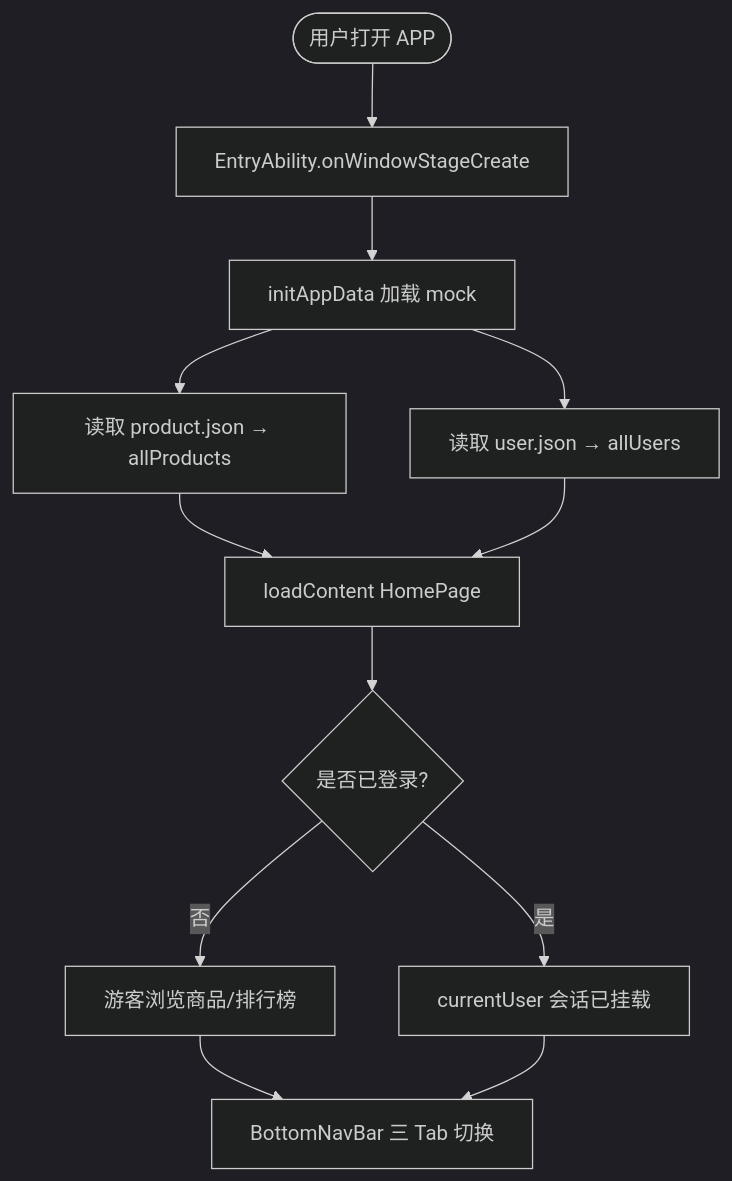
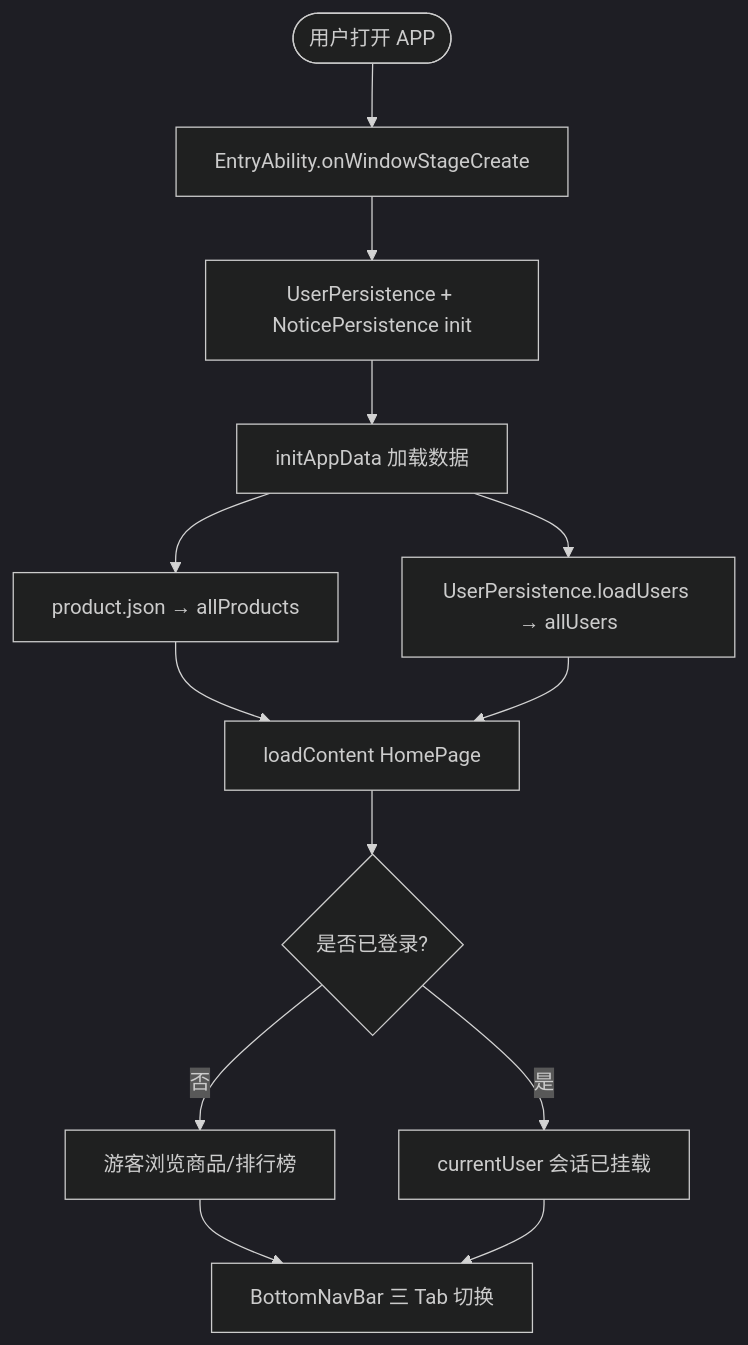
Before and after one commit to BuSu-twl/arkts-app: the fourth of 9 diagrams in docs/PROJECT.md, drawn with Mermaid (dark theme). The commit also changed other lines of this file and 1 other file, not shown here.

````diff
--- a/docs/PROJECT.md
+++ b/docs/PROJECT.md
@@ -293,14 +306,15 @@
 ```mermaid
 flowchart TD
   START([用户打开 APP]) --> EA[EntryAbility.onWindowStageCreate]
-  EA --> INIT[initAppData 加载 mock]
-  INIT --> LOAD_P[读取 product.json → allProducts]
-  INIT --> LOAD_U[读取 user.json → allUsers]
+  EA --> PINIT[UserPersistence + NoticePersistence init]
+  PINIT --> INIT[initAppData 加载数据]
+  INIT --> LOAD_P[product.json → allProducts]
+  INIT --> LOAD_U[UserPersistence.loadUsers → allUsers]
   LOAD_P --> HOME[loadContent HomePage]
   LOAD_U --> HOME
   HOME --> GUEST{是否已登录?}
   GUEST -->|否| BROWSE[游客浏览商品/排行榜]
   GUEST -->|是| SESSION[currentUser 会话已挂载]
   BROWSE --> TAB[BottomNavBar 三 Tab 切换]
   SESSION --> TAB
 ```
````
